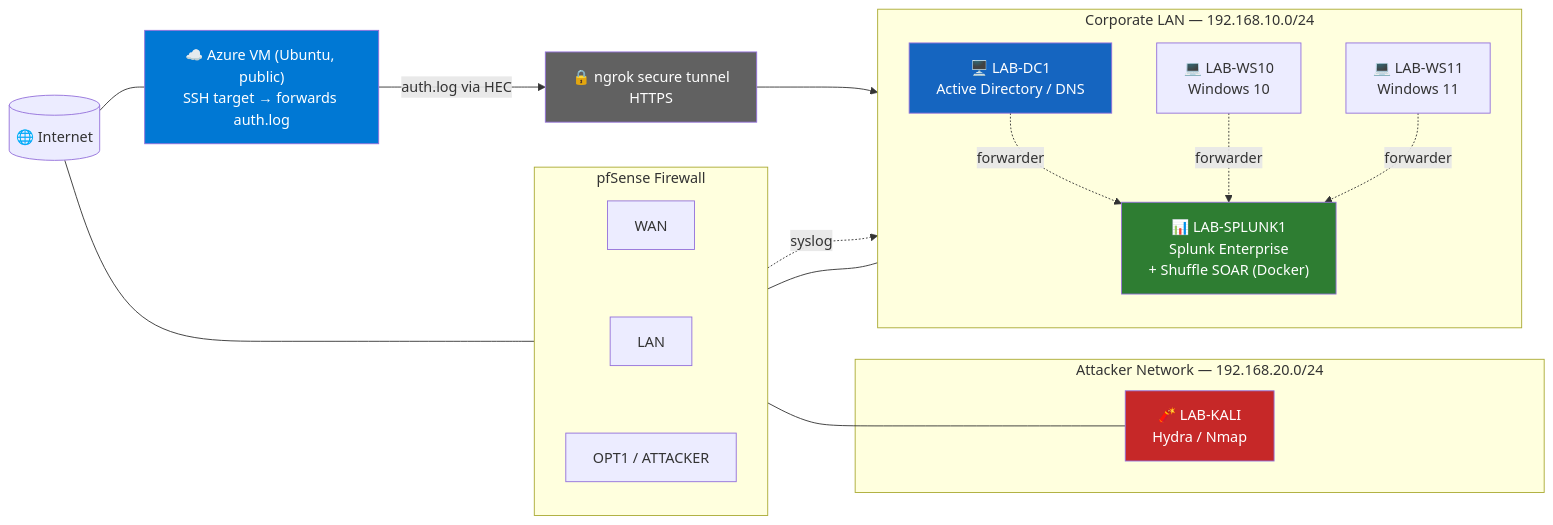
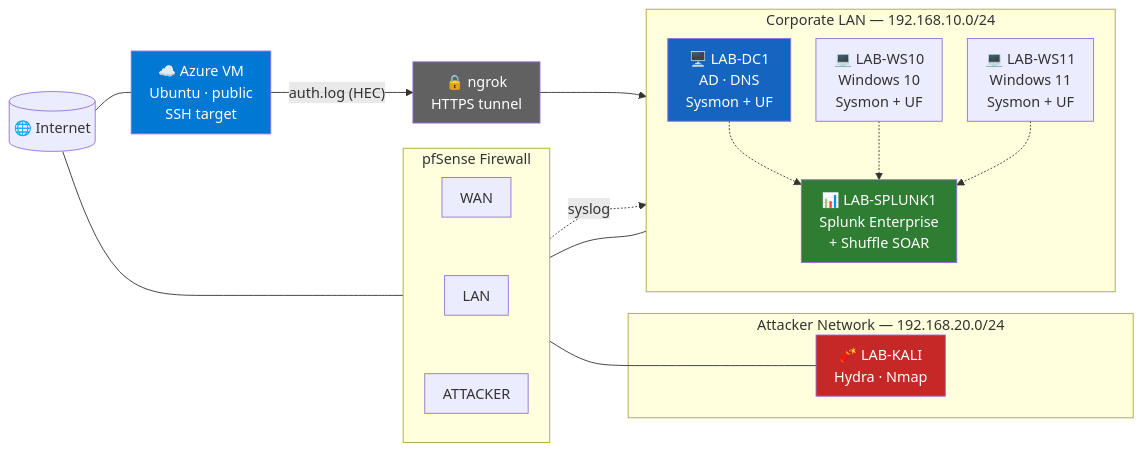
One commit to ahhmedmostafaa/SOC-SIEM-SOAR-HomeLab changed the diagram in README.md. Above: the diagram before and after it, drawn with Mermaid.

````diff
--- a/README.md
+++ b/README.md
@@ -20,45 +20,46 @@
 ```mermaid
+%%{init: {"flowchart": {"nodeSpacing": 28, "rankSpacing": 40, "padding": 10}}}%%
 flowchart LR
     INET[("🌐 Internet")]
-    AZURE["☁️ Azure VM (Ubuntu, public)<br/>SSH target → forwards auth.log"]
-    NGROK["🔒 ngrok secure tunnel<br/>HTTPS"]
+    AZURE["☁️ Azure VM<br/>Ubuntu · public<br/>SSH target"]
+    NGROK["🔒 ngrok<br/>HTTPS tunnel"]
 
     subgraph FW["pfSense Firewall"]
         direction TB
         WAN["WAN"]
         LANIF["LAN"]
-        OPT["OPT1 / ATTACKER"]
+        OPT["ATTACKER"]
     end
 
     subgraph ATTACKER["Attacker Network — 192.168.20.0/24"]
-        KALI["🧨 LAB-KALI<br/>Hydra / Nmap"]
+        KALI["🧨 LAB-KALI<br/>Hydra · Nmap"]
     end
 
     subgraph LAN["Corporate LAN — 192.168.10.0/24"]
         direction TB
-        DC["🖥️ LAB-DC1<br/>Active Directory / DNS"]
-        WS10["💻 LAB-WS10<br/>Windows 10"]
-        WS11["💻 LAB-WS11<br/>Windows 11"]
-        SPLUNK["📊 LAB-SPLUNK1<br/>Splunk Enterprise<br/>+ Shuffle SOAR (Docker)"]
+        DC["🖥️ LAB-DC1<br/>AD · DNS<br/>Sysmon + UF"]
+        WS10["💻 LAB-WS10<br/>Windows 10<br/>Sysmon + UF"]
+        WS11["💻 LAB-WS11<br/>Windows 11<br/>Sysmon + UF"]
+        SPLUNK["📊 LAB-SPLUNK1<br/>Splunk Enterprise<br/>+ Shuffle SOAR"]
     end
 
     WAN ~~~ LANIF ~~~ OPT
     INET --- AZURE
     INET --- WAN
-    AZURE -- "auth.log via HEC" --> NGROK
+    AZURE -- "auth.log (HEC)" --> NGROK
     NGROK --> SPLUNK
 
     LANIF --- LAN
     OPT --- KALI
 
-    DC -. forwarder .-> SPLUNK
-    WS10 -. forwarder .-> SPLUNK
-    WS11 -. forwarder .-> SPLUNK
+    DC -.-> SPLUNK
+    WS10 -.-> SPLUNK
+    WS11 -.-> SPLUNK
     LANIF -. syslog .-> SPLUNK
 
     style SPLUNK fill:#2e7d32,color:#fff
     style DC fill:#1565c0,color:#fff
     style KALI fill:#c62828,color:#fff
     style AZURE fill:#0078d4,color:#fff
     style NGROK fill:#616161,color:#fff
 ```
````
